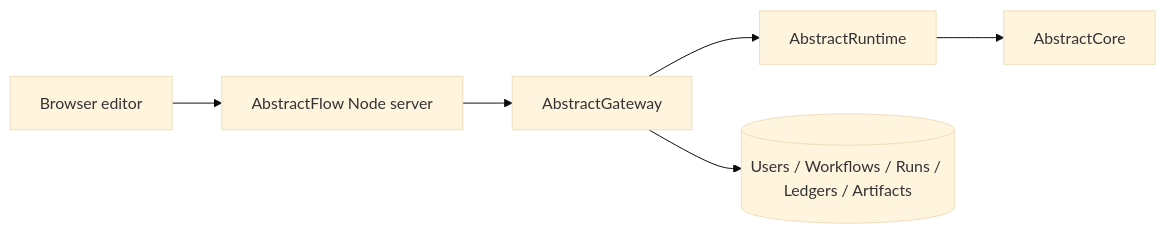
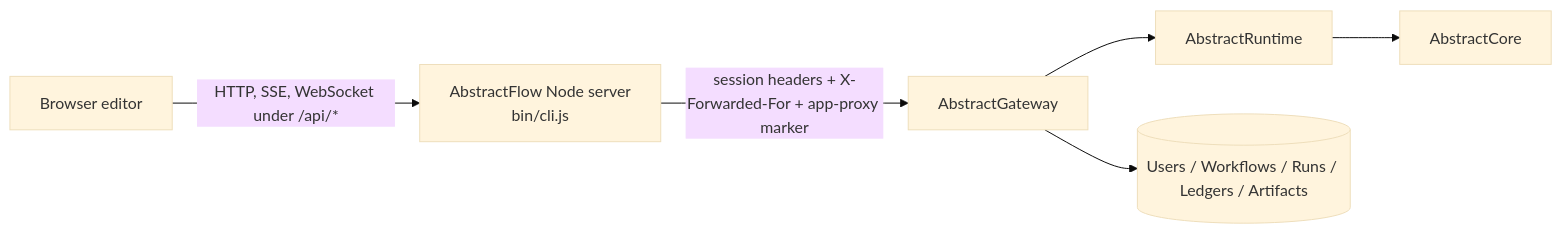
One commit to lpalbou/AbstractFlow changed the first of 3 diagrams in docs/architecture.md. Above: the diagram before and after it, drawn with Mermaid (base theme). The commit also changed other lines of this file and 17 other files, not shown here.

````diff
--- a/docs/architecture.md
+++ b/docs/architecture.md
@@ -43,8 +43,8 @@
 ```mermaid
 flowchart LR
-  Browser[Browser editor] --> Flow[AbstractFlow Node server]
-  Flow --> Gateway[AbstractGateway]
+  Browser[Browser editor] -->|HTTP, SSE, WebSocket under /api/*| Flow[AbstractFlow Node server<br/>bin/cli.js]
+  Flow -->|session headers + X-Forwarded-For + app-proxy marker| Gateway[AbstractGateway]
   Gateway --> Runtime[AbstractRuntime]
   Runtime --> Core[AbstractCore]
   Gateway --> Stores[(Users / Workflows / Runs / Ledgers / Artifacts)]
 ```
````
